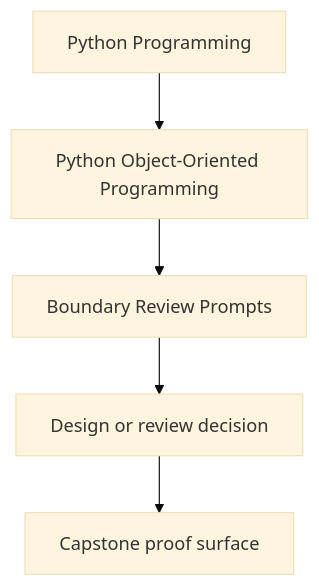
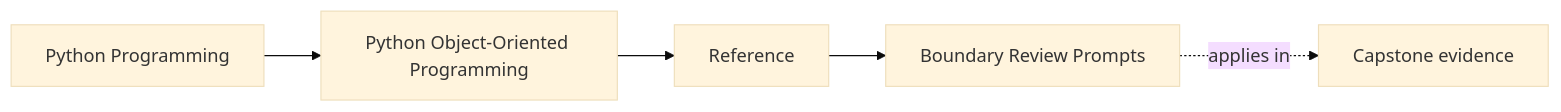
One commit to bijux/bijux-masterclass changed the first of 2 diagrams in programs/python-programming/python-object-oriented-programming/course-book/reference/boundary-review-prompts.md. Above: the diagram before and after it, drawn with Mermaid (base theme). The commit also changed other lines of this file and 103 other files, not shown here.

Commit message:
docs(python-object-oriented-programming): map sustainment and capstone surfaces

````diff
--- a/programs/python-programming/python-object-oriented-programming/course-book/reference/boundary-review-prompts.md
+++ b/programs/python-programming/python-object-oriented-programming/course-book/reference/boundary-review-prompts.md
@@ -7,7 +7,11 @@
 ```mermaid
-flowchart TD
-  family["Python Programming"] --> program["Python Object-Oriented Programming"]
-  program --> reference["Boundary Review Prompts"]
-  reference --> review["Design or review decision"]
-  review --> capstone["Capstone proof surface"]
+graph LR
+  family["Python Programming"]
+  program["Python Object-Oriented Programming"]
+  section["Reference"]
+  page["Boundary Review Prompts"]
+  capstone["Capstone evidence"]
+
+  family --> program --> section --> page
+  page -.applies in.-> capstone
 ```
````
